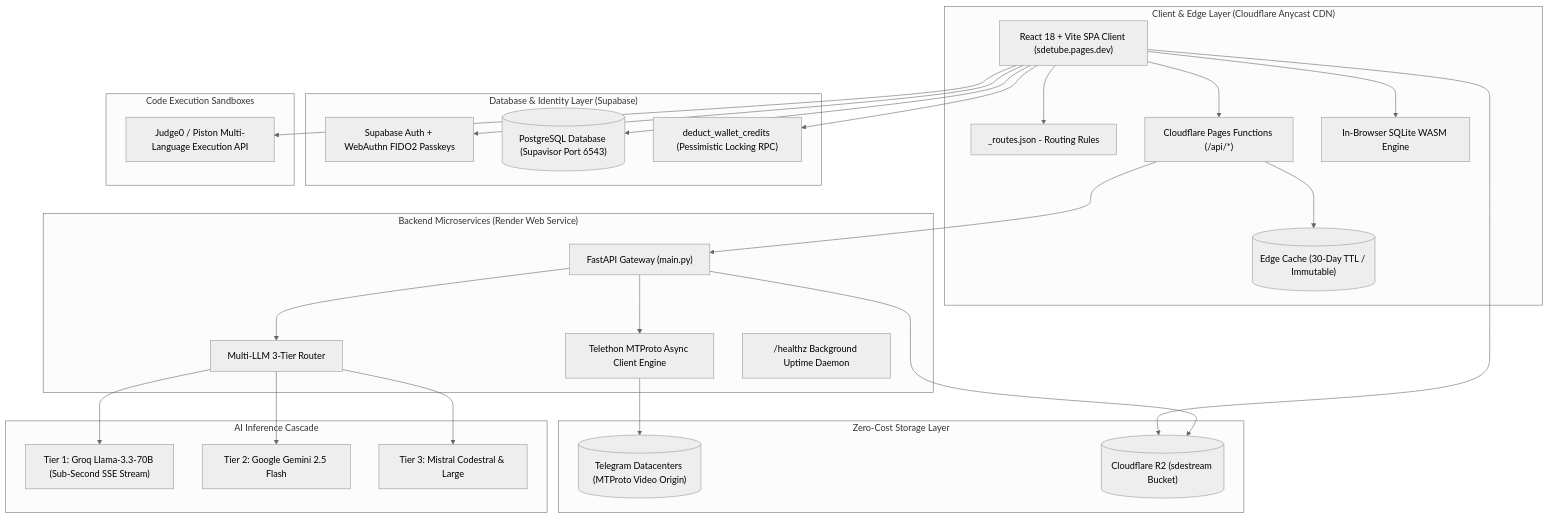
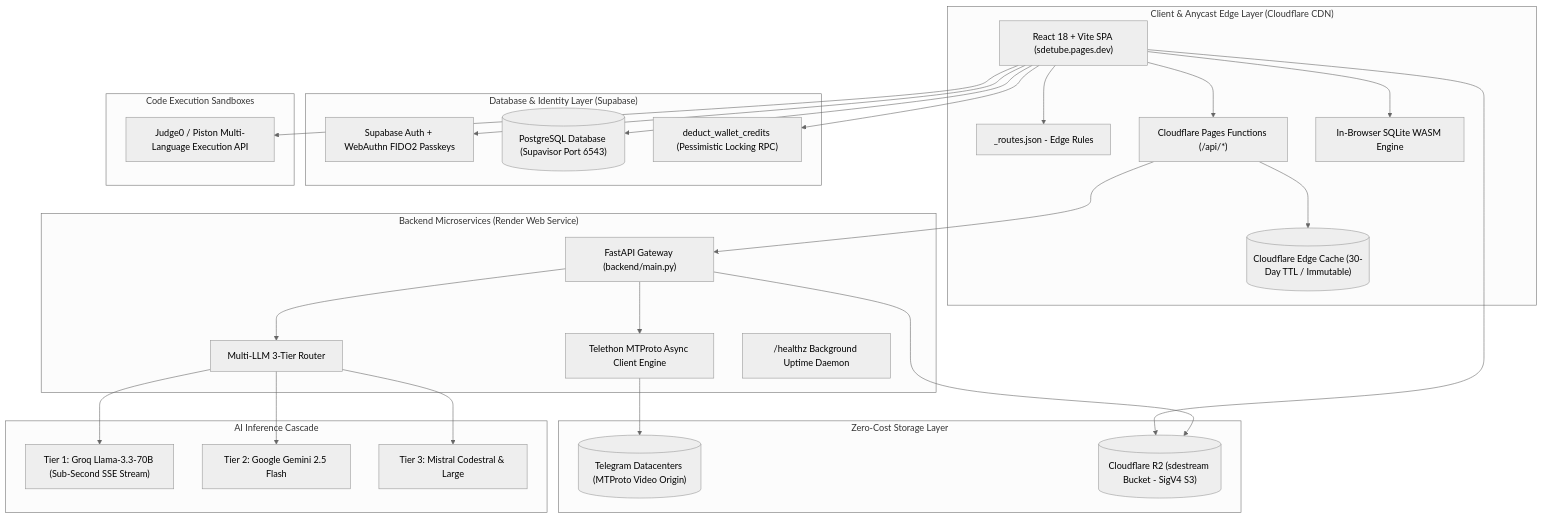
Before and after one commit to mdalamrahman/edustreams: the first of 7 diagrams in SYSTEM_ARCHITECTURE.md, drawn with Mermaid (neutral theme). The commit also changed other lines of this file and 1 other file, not shown here.

Commit message:
docs: add full Low-Level Design (LLD), component breakdowns, service deep-dives and user flows

````diff
--- a/SYSTEM_ARCHITECTURE.md
+++ b/SYSTEM_ARCHITECTURE.md
@@ -9,57 +52,57 @@
 ```mermaid
 graph TB
-    subgraph ClientLayer ["Client & Edge Layer (Cloudflare Anycast CDN)"]
-        SPA["React 18 + Vite SPA Client (sdetube.pages.dev)"]
-        CF_RTE["_routes.json - Routing Rules"]
+    subgraph ClientLayer ["Client & Anycast Edge Layer (Cloudflare CDN)"]
+        SPA["React 18 + Vite SPA (sdetube.pages.dev)"]
+        CF_RTE["_routes.json - Edge Rules"]
         CF_FUNC["Cloudflare Pages Functions (/api/*)"]
-        CF_CACHE[("Edge Cache (30-Day TTL / Immutable)")]
+        CF_CACHE[("Cloudflare Edge Cache (30-Day TTL / Immutable)")]
         WASM_SQL["In-Browser SQLite WASM Engine"]
     end
 
     subgraph BackendLayer ["Backend Microservices (Render Web Service)"]
-        FASTAPI["FastAPI Gateway (main.py)"]
+        FASTAPI["FastAPI Gateway (backend/main.py)"]
         TELETHON["Telethon MTProto Async Client Engine"]
         AI_CASCADE["Multi-LLM 3-Tier Router"]
         HEALTHZ["/healthz Background Uptime Daemon"]
     end
 
     subgraph StorageLayer ["Zero-Cost Storage Layer"]
         TG_DATACENTERS[("Telegram Datacenters (MTProto Video Origin)")]
-        CF_R2[("Cloudflare R2 (sdestream Bucket)")]
+        CF_R2[("Cloudflare R2 (sdestream Bucket - SigV4 S3)")]
     end
 
     subgraph DatabaseLayer ["Database & Identity Layer (Supabase)"]
         AUTH_PASSKEY["Supabase Auth + WebAuthn FIDO2 Passkeys"]
         PG_DB[("PostgreSQL Database (Supavisor Port 6543)")]
         RPC_WALLET["deduct_wallet_credits (Pessimistic Locking RPC)"]
     end
 
     subgraph AIProviders ["AI Inference Cascade"]
         LLM_GROQ["Tier 1: Groq Llama-3.3-70B (Sub-Second SSE Stream)"]
         LLM_GEMINI["Tier 2: Google Gemini 2.5 Flash"]
         LLM_MISTRAL["Tier 3: Mistral Codestral & Large"]
     end
 
     subgraph CodeSandboxes ["Code Execution Sandboxes"]
         JUDGE0["Judge0 / Piston Multi-Language Execution API"]
     end
 
     SPA --> CF_RTE
     SPA --> CF_FUNC
     CF_FUNC --> CF_CACHE
     CF_FUNC --> FASTAPI
     SPA --> WASM_SQL
     SPA --> PG_DB
     SPA --> AUTH_PASSKEY
     SPA --> RPC_WALLET
     SPA --> JUDGE0
     SPA --> CF_R2
 
     FASTAPI --> TELETHON
     TELETHON --> TG_DATACENTERS
     FASTAPI --> CF_R2
     FASTAPI --> AI_CASCADE
     AI_CASCADE --> LLM_GROQ
     AI_CASCADE --> LLM_GEMINI
     AI_CASCADE --> LLM_MISTRAL
 ```
````
